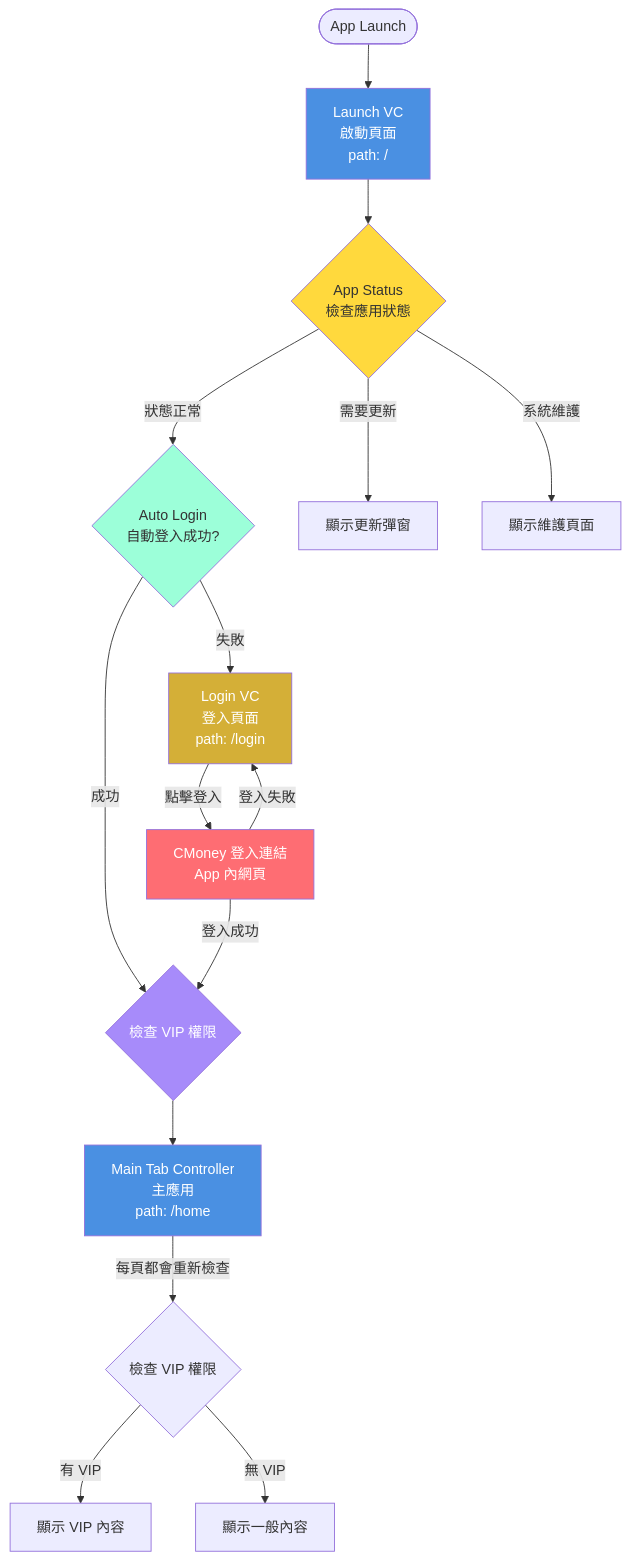
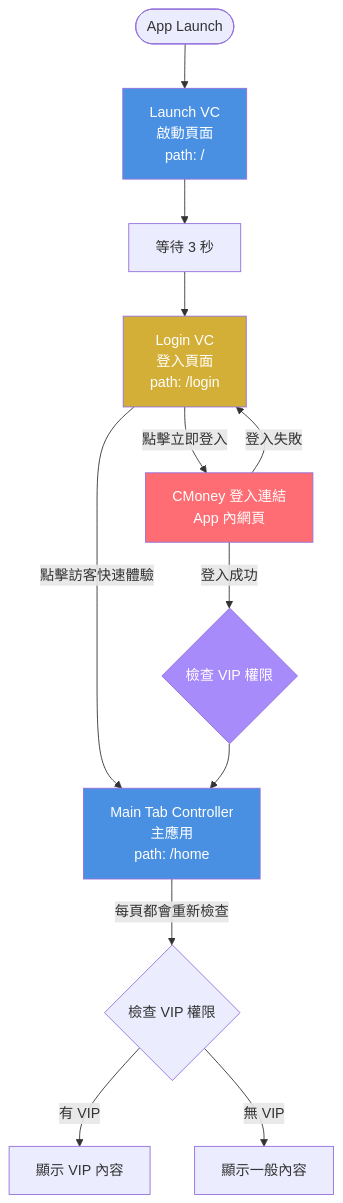
One commit to sunny2001522/Linenruwealthpool changed the diagram in src/docs/07_AUTH_WELCOME_FLOW.md. Above: the diagram before and after it, drawn with Mermaid. The commit also changed other lines of this file and 9 other files, not shown here.

````diff
--- a/src/docs/07_AUTH_WELCOME_FLOW.md
+++ b/src/docs/07_AUTH_WELCOME_FLOW.md
@@ -16,33 +16,27 @@
 ```mermaid
 flowchart TD
     Start([App Launch]) --> LaunchVC[Launch VC<br/>啟動頁面<br/>path: /]
     
-    LaunchVC --> AppStatus{App Status<br/>檢查應用狀態}
+    LaunchVC --> Wait3s[等待 3 秒]
     
-    AppStatus --> |狀態正常| AutoLogin{Auto Login<br/>自動登入成功?}
-    AppStatus --> |需要更新| UpdateDialog[顯示更新彈窗]
-    AppStatus --> |系統維護| MaintenanceScreen[顯示維護頁面]
+    Wait3s --> LoginVC[Login VC<br/>登入頁面<br/>path: /login]
     
-    AutoLogin --> |成功| CheckVIP{檢查 VIP 權限}
-    AutoLogin --> |失敗| LoginVC[Login VC<br/>登入頁面<br/>path: /login]
+    LoginVC --> |點擊立即登入| CMoney[CMoney 登入連結<br/>App 內網頁]
+    LoginVC --> |點擊訪客快速體驗| MainTab[Main Tab Controller<br/>主應用<br/>path: /home]
     
-    CheckVIP --> MainTab[Main Tab Controller<br/>主應用<br/>path: /home]
+    CMoney --> |登入成功| CheckVIP{檢查 VIP 權限}
+    CMoney --> |登入失敗| LoginVC
     
-    LoginVC --> |點擊登入| CMoney[CMoney 登入連結<br/>App 內網頁]
-    
-    CMoney --> |登入成功| CheckVIP
-    CMoney --> |登入失敗| LoginVC
+    CheckVIP --> MainTab
     
     MainTab --> |每頁都會重新檢查| CheckVIPOnPage{檢查 VIP 權限}
     
     CheckVIPOnPage --> |有 VIP| ShowVIPContent[顯示 VIP 內容]
     CheckVIPOnPage --> |無 VIP| ShowNormalContent[顯示一般內容]
     
     style LaunchVC fill:#4A90E2,color:#fff
-    style AppStatus fill:#FFD93D,color:#333
-    style AutoLogin fill:#9cffd9,color:#333
     style LoginVC fill:#D4AF37,color:#fff
     style CMoney fill:#FE6D73,color:#fff
     style CheckVIP fill:#A78BFA,color:#fff
     style MainTab fill:#4A90E2,color:#fff
 ```
````
